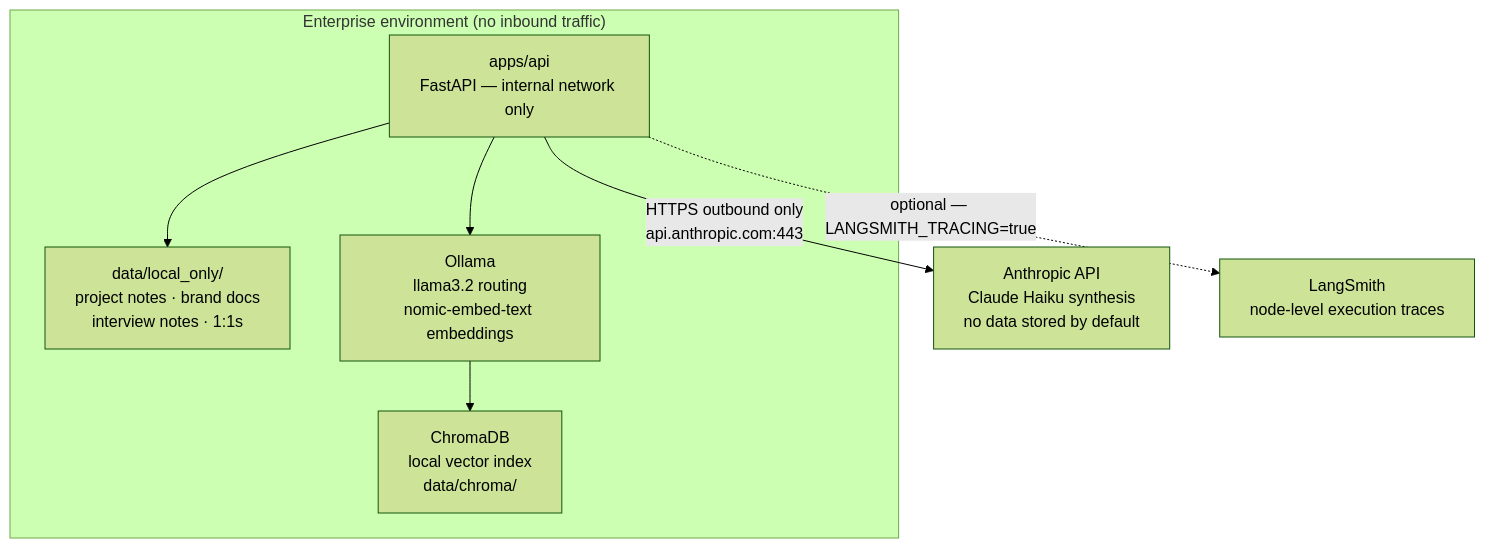
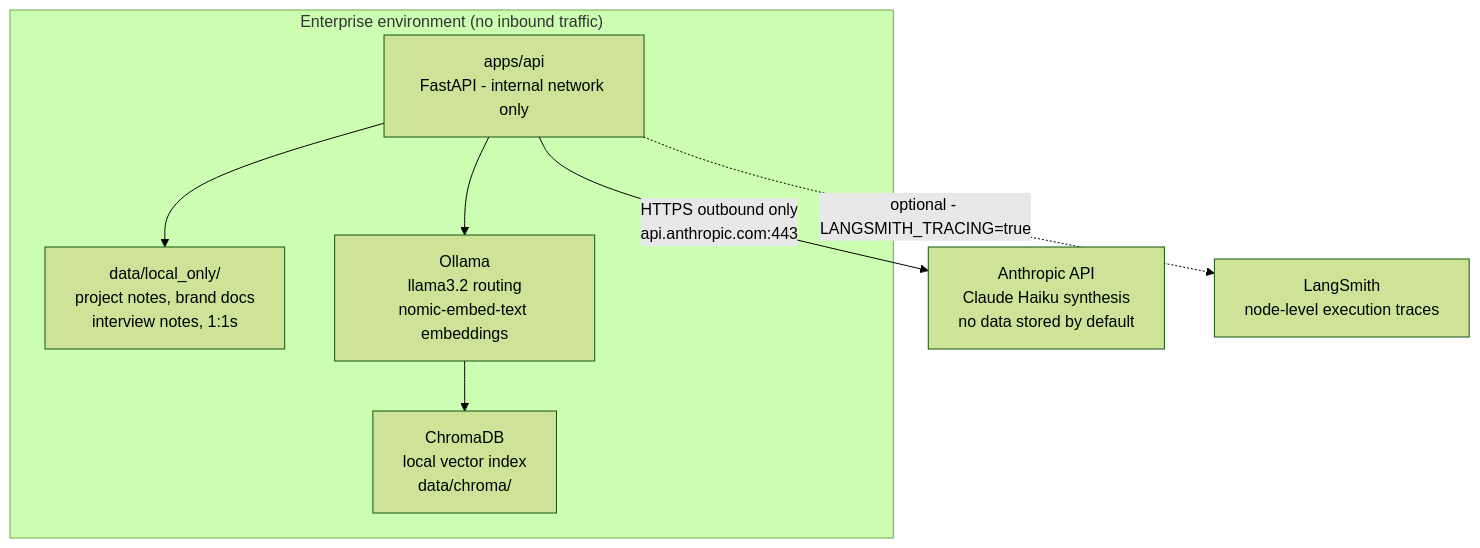
The diagram in docs/DEPLOYMENT.md (ramirez-ai-labs/ai-operating-system), drawn with Mermaid (forest theme) before and after one commit. The commit also changed 2 other files, not shown here.

Commit message:
docs: fix Mermaid rendering error on GitHub
GitHub's Mermaid renderer throws "Cannot read properties of undefined
(reading 'render')" on diagrams that use literal \n for line breaks
inside quoted node labels, even though the same diagrams render fine
under mermaid.js's own CLI. Switch all node labels to <br/> and drop
the em-dash/middle-dot punctuation in docs/DEPLOYMENT.md's labels,
which GitHub's renderer has also been reported to choke on.

Verified all 4 diagrams (README.md, SHOWCASE.md x2, docs/DEPLOYMENT.md)
still parse and render correctly via @mermaid-js/mermaid-cli.

````diff
--- a/docs/DEPLOYMENT.md
+++ b/docs/DEPLOYMENT.md
@@ -11,16 +11,16 @@
 ```mermaid
 graph TB
     subgraph Enterprise["Enterprise environment (no inbound traffic)"]
-        API["apps/api\nFastAPI — internal network only"]
-        Data["data/local_only/\nproject notes · brand docs\ninterview notes · 1:1s"]
-        Ollama["Ollama\nllama3.2 routing\nnomic-embed-text embeddings"]
-        Chroma["ChromaDB\nlocal vector index\ndata/chroma/"]
+        API["apps/api<br/>FastAPI - internal network only"]
+        Data["data/local_only/<br/>project notes, brand docs<br/>interview notes, 1:1s"]
+        Ollama["Ollama<br/>llama3.2 routing<br/>nomic-embed-text embeddings"]
+        Chroma["ChromaDB<br/>local vector index<br/>data/chroma/"]
 
         API --> Data
         API --> Ollama
         Ollama --> Chroma
     end
 
-    API -->|"HTTPS outbound only\napi.anthropic.com:443"| Anthropic["Anthropic API\nClaude Haiku synthesis\nno data stored by default"]
-    API -.->|"optional — LANGSMITH_TRACING=true"| LangSmith["LangSmith\nnode-level execution traces"]
+    API -->|"HTTPS outbound only<br/>api.anthropic.com:443"| Anthropic["Anthropic API<br/>Claude Haiku synthesis<br/>no data stored by default"]
+    API -.->|"optional - LANGSMITH_TRACING=true"| LangSmith["LangSmith<br/>node-level execution traces"]
 ```
````
